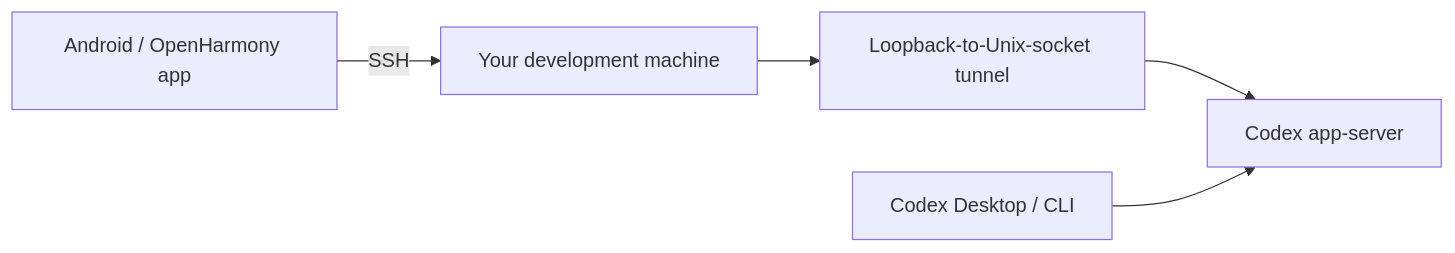
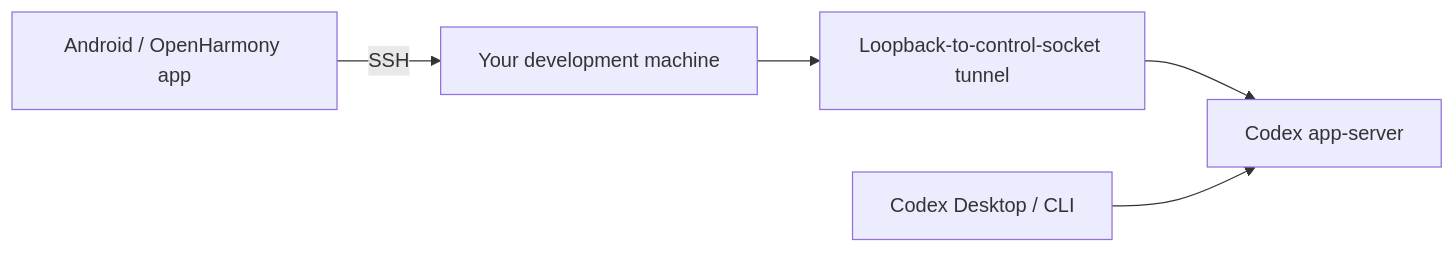
The diagram in README.md (wkj2333666/Android-SSH-Codex), drawn with Mermaid before and after one commit. The commit also changed other lines of this file and 25 other files, not shown here.

````diff
--- a/README.md
+++ b/README.md
@@ -184,7 +184,7 @@
 ```mermaid
 flowchart LR
   M["Android / OpenHarmony app"] -->|"SSH"| S["Your development machine"]
-  S --> T["Loopback-to-Unix-socket tunnel"]
+  S --> T["Loopback-to-control-socket tunnel"]
   T --> A["Codex app-server"]
   D["Codex Desktop / CLI"] --> A
 ```
````
